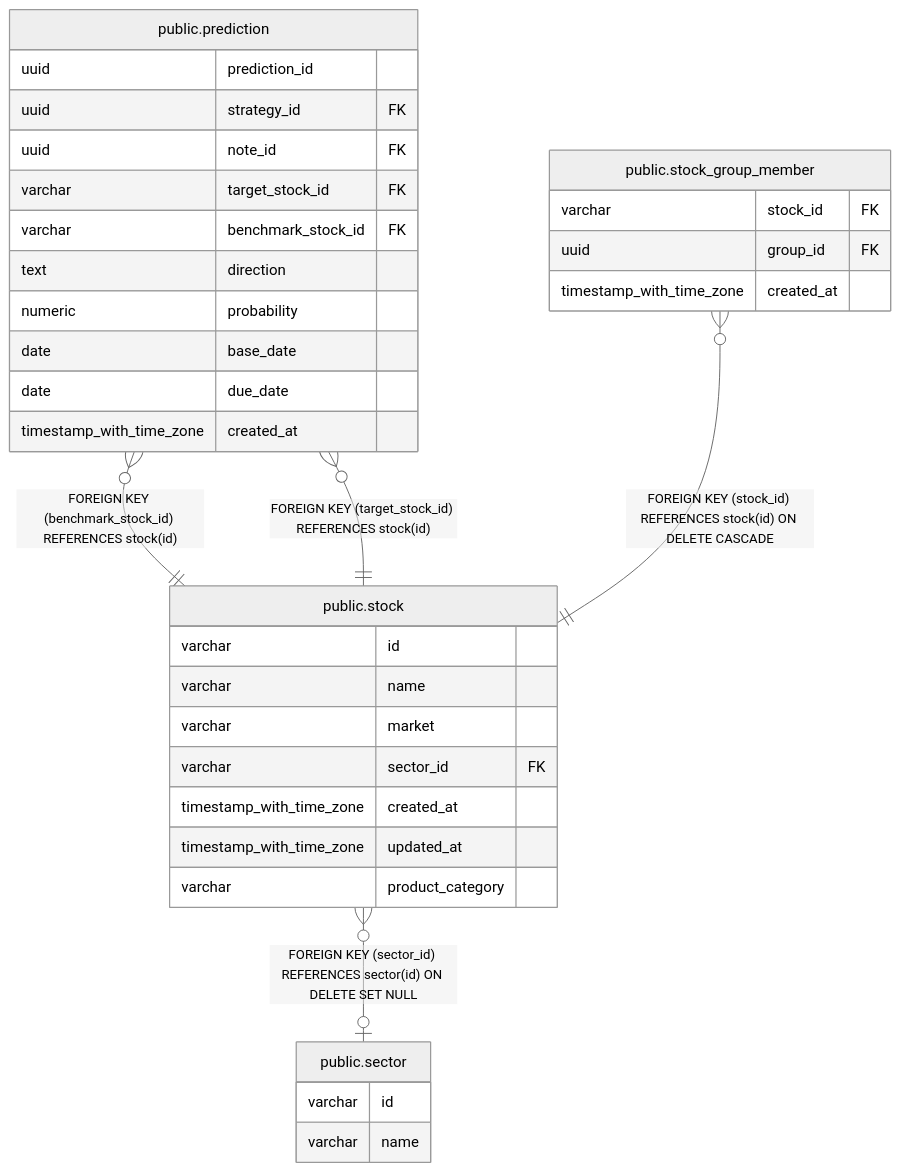
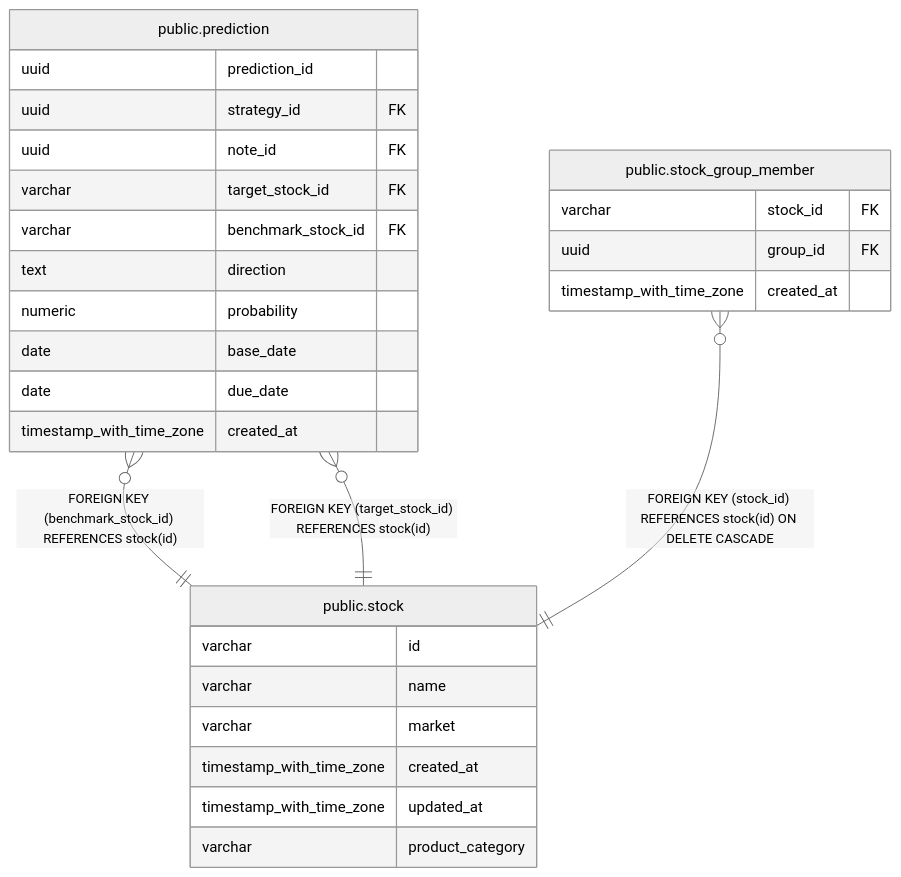
The diagram in backend/docs/db/public.stock.md (fohte/t-rader), drawn with Mermaid (neutral theme) before and after one commit. The commit also changed other lines of this file and 29 other files, not shown here.

````diff
--- a/backend/docs/db/public.stock.md
+++ b/backend/docs/db/public.stock.md
@@ -35,39 +32,33 @@
 ```mermaid
 erDiagram
 
 "public.prediction" }o--|| "public.stock" : "FOREIGN KEY (benchmark_stock_id) REFERENCES stock(id)"
 "public.prediction" }o--|| "public.stock" : "FOREIGN KEY (target_stock_id) REFERENCES stock(id)"
 "public.stock_group_member" }o--|| "public.stock" : "FOREIGN KEY (stock_id) REFERENCES stock(id) ON DELETE CASCADE"
-"public.stock" }o--o| "public.sector" : "FOREIGN KEY (sector_id) REFERENCES sector(id) ON DELETE SET NULL"
 
 "public.stock" {
   varchar id
   varchar name
   varchar market
-  varchar sector_id FK
   timestamp_with_time_zone created_at
   timestamp_with_time_zone updated_at
   varchar product_category
 }
 "public.prediction" {
   uuid prediction_id
   uuid strategy_id FK
   uuid note_id FK
   varchar target_stock_id FK
   varchar benchmark_stock_id FK
   text direction
   numeric probability
   date base_date
   date due_date
   timestamp_with_time_zone created_at
 }
 "public.stock_group_member" {
   varchar stock_id FK
   uuid group_id FK
   timestamp_with_time_zone created_at
 }
-"public.sector" {
-  varchar id
-  varchar name
-}
 ```
````
